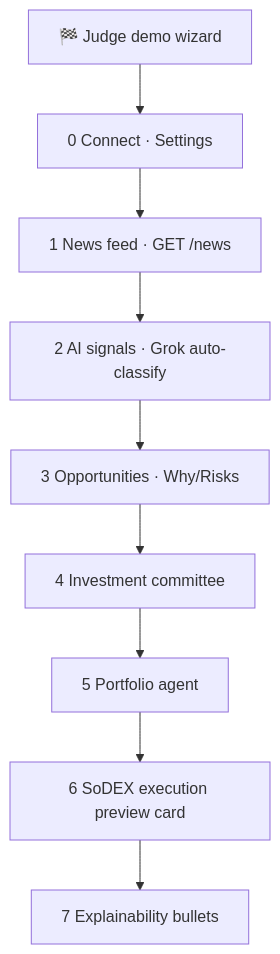
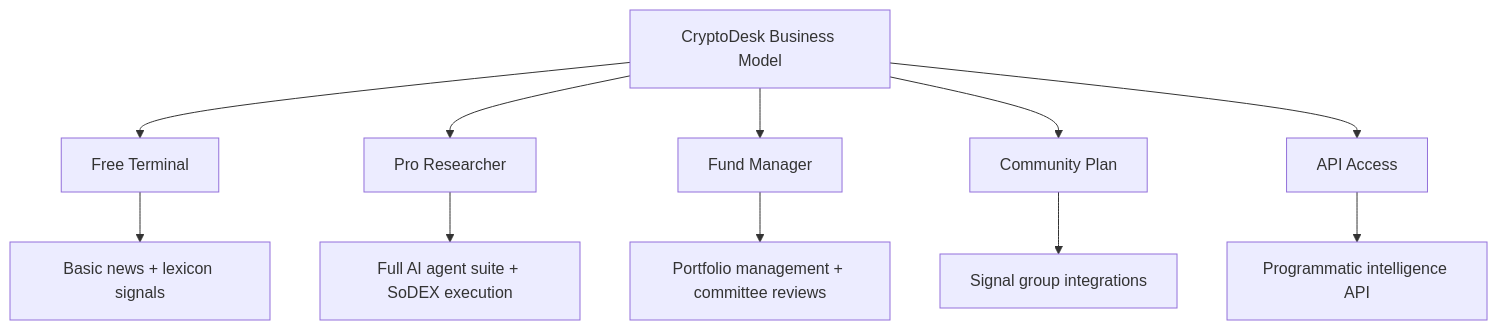
One commit to Nanle-code/CryptoDesk changed diagram 16 of 18 in cryptodesk/README.md. Above: the diagram before and after it, drawn with Mermaid. The commit also changed other lines of this file and 28 other files, not shown here.

````diff
--- a/cryptodesk/README.md
+++ b/cryptodesk/README.md
@@ -973,11 +1056,14 @@
 ```mermaid
 flowchart TD
-    A[🏁 Judge demo wizard] --> B[0 Connect · Settings]
-    B --> C[1 News feed · GET /news]
-    C --> D[2 AI signals · Grok auto-classify]
-    D --> E[3 Opportunities · Why/Risks]
-    E --> F[4 Investment committee]
-    F --> G[5 Portfolio agent]
-    G --> H[6 SoDEX execution preview card]
-    H --> I[7 Explainability bullets]
+    A[CryptoDesk Business Model] --> B[Free Terminal]
+    A --> C[Pro Researcher]
+    A --> D[Fund Manager]
+    A --> E[Community Plan]
+    A --> F[API Access]
+
+    B --> G[Basic news + lexicon signals]
+    C --> H[Full AI agent suite + SoDEX execution]
+    D --> I[Portfolio management + committee reviews]
+    E --> J[Signal group integrations]
+    F --> K[Programmatic intelligence API]
 ```
````
